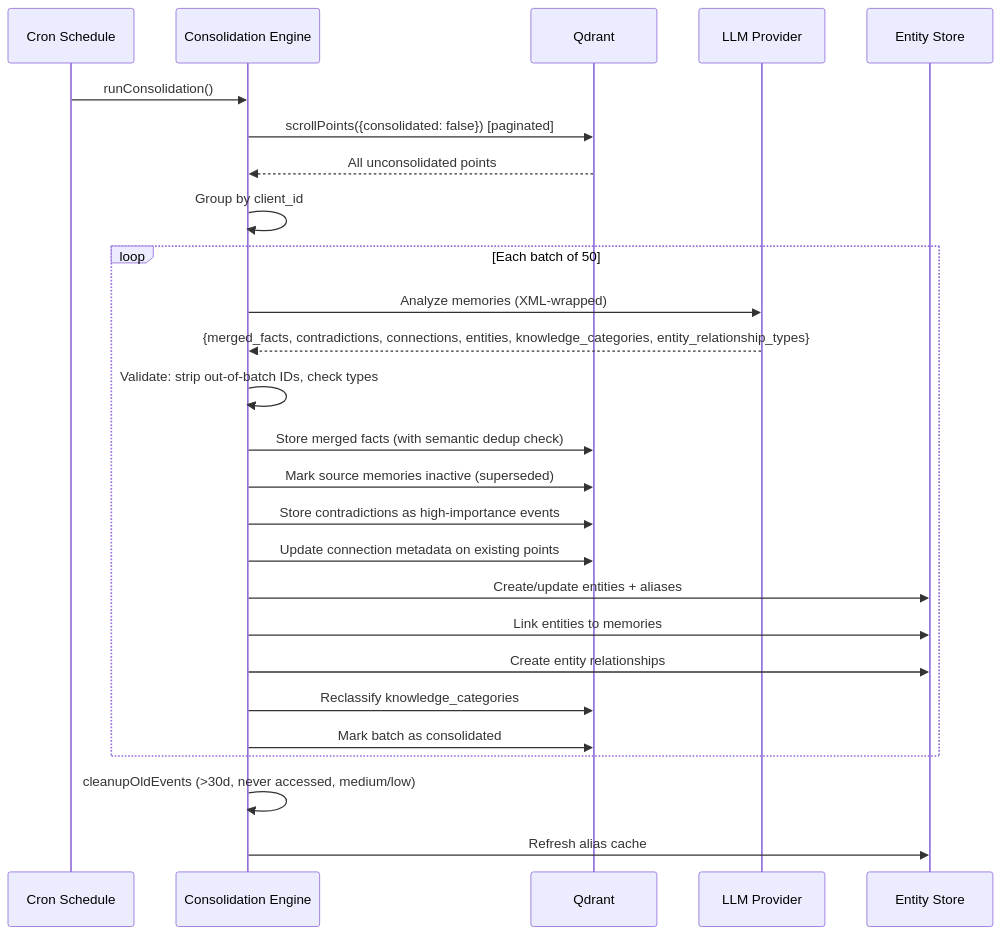
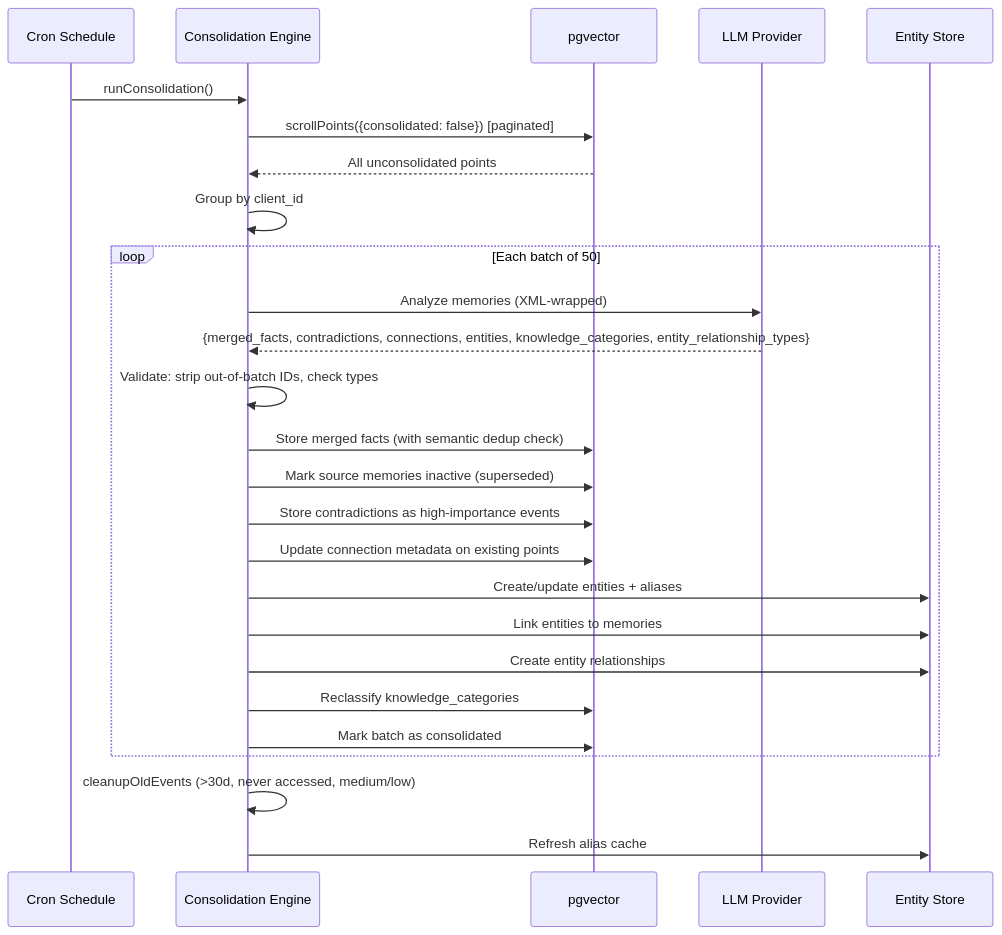
Before and after one commit to ZenSystemAI/Zengram: the fourth of 4 diagrams in docs/architecture.md, drawn with Mermaid. The commit also changed other lines of this file and 14 other files, not shown here.

````diff
--- a/docs/architecture.md
+++ b/docs/architecture.md
@@ -234,29 +208,29 @@
 ```mermaid
 sequenceDiagram
     participant CRON as Cron Schedule
     participant C as Consolidation Engine
-    participant Q as Qdrant
+    participant Q as pgvector
     participant LLM as LLM Provider
     participant SQL as Entity Store
 
     CRON->>C: runConsolidation()
     C->>Q: scrollPoints({consolidated: false}) [paginated]
     Q-->>C: All unconsolidated points
     C->>C: Group by client_id
     loop Each batch of 50
         C->>LLM: Analyze memories (XML-wrapped)
         LLM-->>C: {merged_facts, contradictions, connections, entities, knowledge_categories, entity_relationship_types}
         C->>C: Validate: strip out-of-batch IDs, check types
         C->>Q: Store merged facts (with semantic dedup check)
         C->>Q: Mark source memories inactive (superseded)
         C->>Q: Store contradictions as high-importance events
         C->>Q: Update connection metadata on existing points
         C->>SQL: Create/update entities + aliases
         C->>SQL: Link entities to memories
         C->>SQL: Create entity relationships
         C->>Q: Reclassify knowledge_categories
         C->>Q: Mark batch as consolidated
     end
     C->>C: cleanupOldEvents (>30d, never accessed, medium/low)
     C->>SQL: Refresh alias cache
 ```
````
